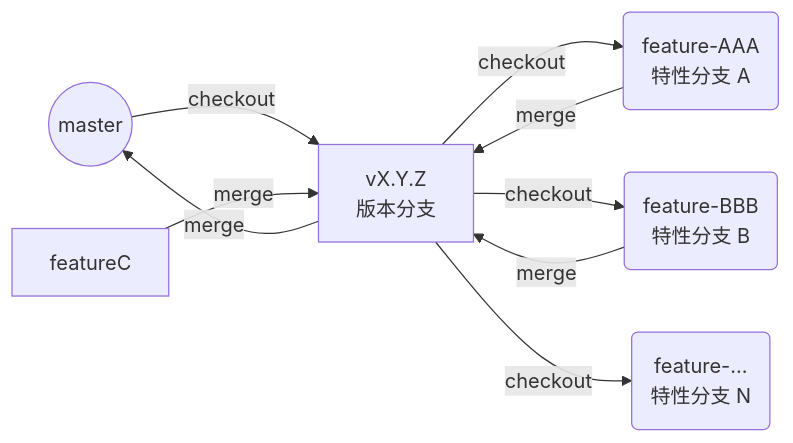
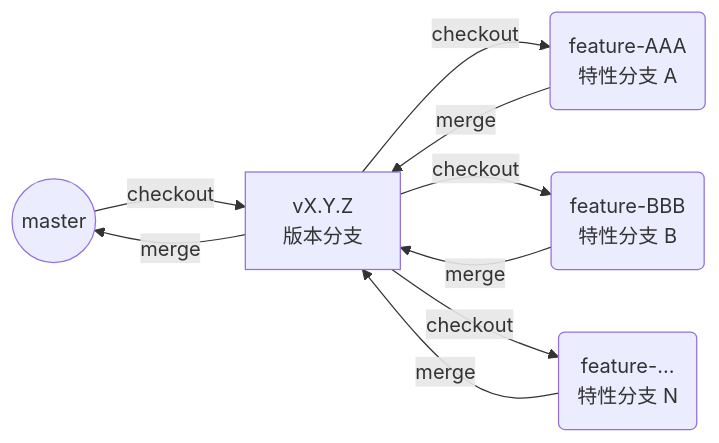
The first of 2 diagrams in DevSOP.md (EXP-Codes/exp-libs-refactor), drawn with Mermaid before and after one commit.

````diff
--- a/DevSOP.md
+++ b/DevSOP.md
@@ -28,11 +28,11 @@
 ```mermaid
 graph LR
     master((master)) -- checkout --> version[vX.Y.Z<br/>版本分支]
     version -- checkout --> featureA(feature-AAA<br/>特性分支 A)
     version -- checkout --> featureB(feature-BBB<br/>特性分支 B)
     version -- checkout --> featureN(feature-...<br/>特性分支 N)
     featureA -- merge --> version
     featureB -- merge --> version
-    featureC -- merge --> version
+    featureN -- merge --> version
     version -- merge --> master
 ```
````
